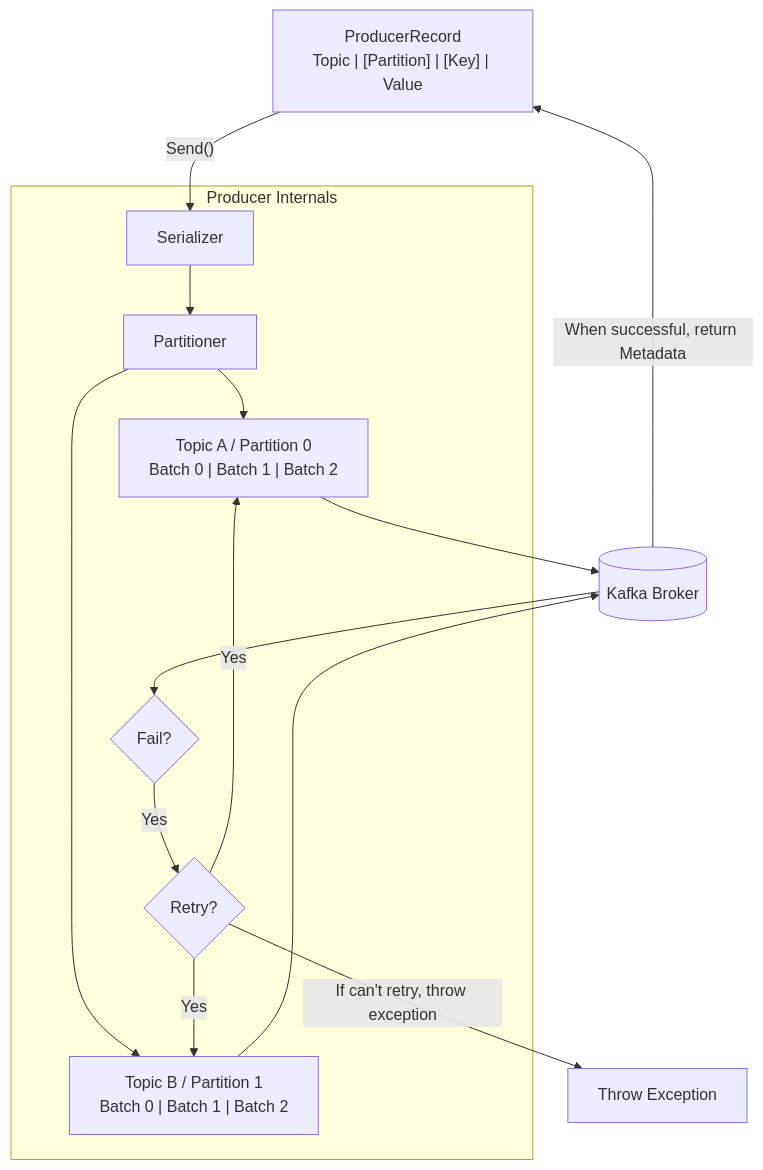
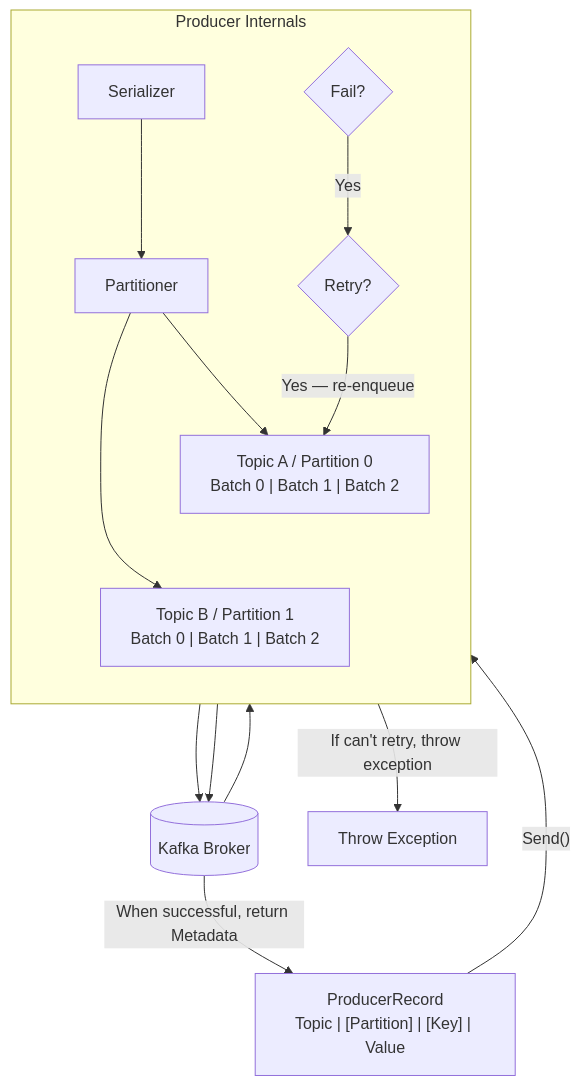
The first of 6 diagrams in _posts/2018-08-13-kafka-topics-and-partitions-explained.md (mrsrinivas/mrsrinivas.github.io), drawn with Mermaid before and after one commit.

Commit message:
Fix producer-overview layout: both batch boxes inside internals subgraph

````diff
--- a/_posts/2018-08-13-kafka-topics-and-partitions-explained.md
+++ b/_posts/2018-08-13-kafka-topics-and-partitions-explained.md
@@ -26,27 +26,30 @@
 ```mermaid
 flowchart TB
     PR["ProducerRecord\nTopic | [Partition] | [Key] | Value"]
+    BR[("Kafka Broker")]
+    EXC["Throw Exception"]
 
     subgraph internals["Producer Internals"]
+        direction TB
         SER["Serializer"]
         PART["Partitioner"]
         B0["Topic A / Partition 0\nBatch 0 | Batch 1 | Batch 2"]
         B1["Topic B / Partition 1\nBatch 0 | Batch 1 | Batch 2"]
         FAIL{"Fail?"}
         RETRY{"Retry?"}
 
         SER --> PART
-        PART --> B0 & B1
+        PART --> B0
+        PART --> B1
+        B0 ~~~ B1
         FAIL -->|"Yes"| RETRY
-        RETRY -->|"Yes"| B0 & B1
     end
 
-    BR[("Kafka Broker")]
-    EXC["Throw Exception"]
-
     PR -->|"Send()"| SER
-    B0 & B1 --> BR
+    B0 --> BR
+    B1 --> BR
     BR -->|"When successful, return Metadata"| PR
     BR --> FAIL
+    RETRY -->|"Yes — re-enqueue"| B0
     RETRY -->|"If can't retry, throw exception"| EXC
 ```
````
